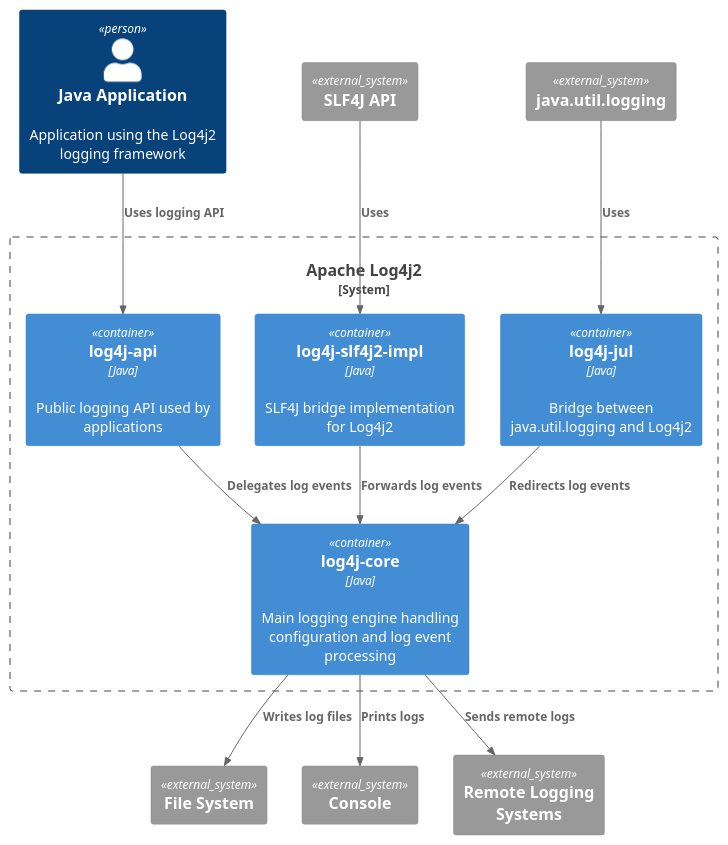
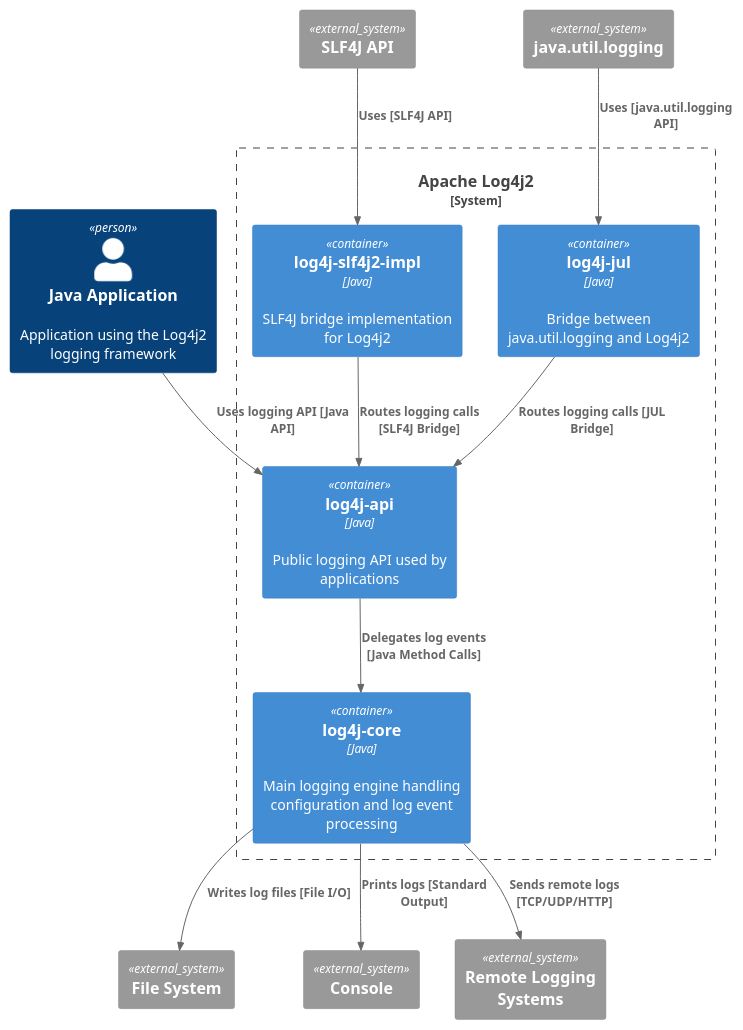
One commit to SDA-Group21/PROJECT changed the diagram in architecture/container.puml. Above: the diagram before and after it, drawn with PlantUML.

Commit message:
Improve consistency between Log4j2 container and component diagrams

```diff
--- a/architecture/container.puml
+++ b/architecture/container.puml
@@ -1,48 +1,48 @@
 @startuml
 
 !include https://raw.githubusercontent.com/plantuml-stdlib/C4-PlantUML/master/C4_Container.puml
 
 LAYOUT_TOP_DOWN()
 
 Person(app, "Java Application", "Application using the Log4j2 logging framework")
 
 System_Boundary(log4j2, "Apache Log4j2") {
 
     Container(api, "log4j-api", "Java", "Public logging API used by applications")
 
     Container(core, "log4j-core", "Java", "Main logging engine handling configuration and log event processing")
 
     Container(slf4jBridge, "log4j-slf4j2-impl", "Java", "SLF4J bridge implementation for Log4j2")
 
     Container(julBridge, "log4j-jul", "Java", "Bridge between java.util.logging and Log4j2")
 }
 
 System_Ext(fs, "File System")
 
 System_Ext(console, "Console")
 
 System_Ext(remote, "Remote Logging Systems")
 
 System_Ext(slf4j, "SLF4J API")
 
 System_Ext(jul, "java.util.logging")
 
-Rel(app, api, "Uses logging API")
+Rel(app, api, "Uses logging API [Java API]")
 
-Rel(api, core, "Delegates log events")
+Rel(api, core, "Delegates log events [Java Method Calls]")
 
-Rel(slf4j, slf4jBridge, "Uses")
+Rel(slf4j, slf4jBridge, "Uses [SLF4J API]")
 
-Rel(slf4jBridge, core, "Forwards log events")
+Rel(slf4jBridge, api, "Routes logging calls [SLF4J Bridge]")
 
-Rel(jul, julBridge, "Uses")
+Rel(jul, julBridge, "Uses [java.util.logging API]")
 
-Rel(julBridge, core, "Redirects log events")
+Rel(julBridge, api, "Routes logging calls [JUL Bridge]")
 
-Rel(core, fs, "Writes log files")
+Rel(core, fs, "Writes log files [File I/O]")
 
-Rel(core, console, "Prints logs")
+Rel(core, console, "Prints logs [Standard Output]")
 
-Rel(core, remote, "Sends remote logs")
+Rel(core, remote, "Sends remote logs [TCP/UDP/HTTP]")
 
 @enduml
```
